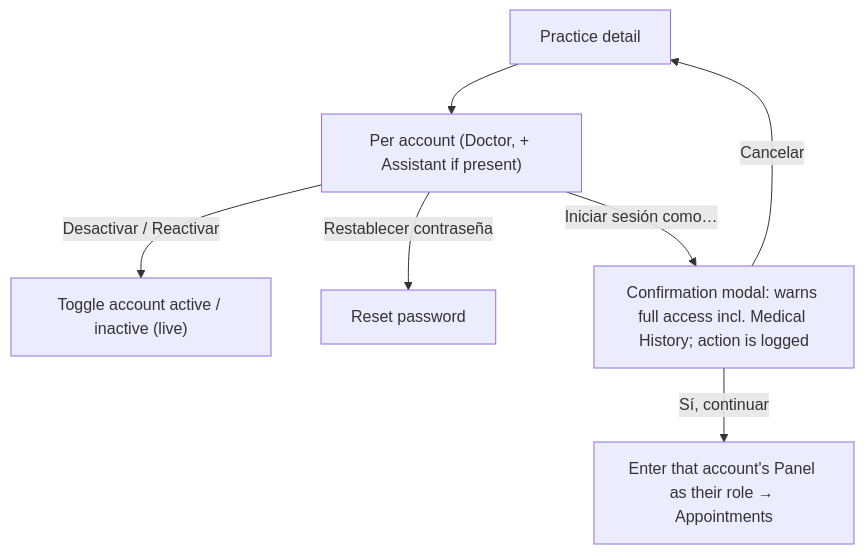
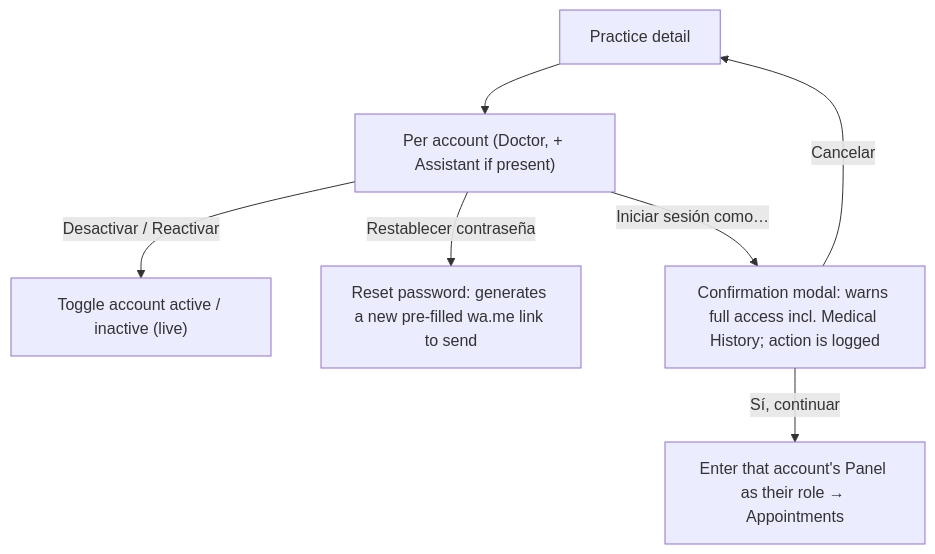
Before and after one commit to DaleneyRuben/alivia: the third of 5 diagrams in docs/flows/admin.md, drawn with Mermaid. The commit also changed other lines of this file and 6 other files, not shown here.

````diff
--- a/docs/flows/admin.md
+++ b/docs/flows/admin.md
@@ -49,9 +52,9 @@
 ```mermaid
 flowchart TD
     D["Practice detail"] --> Per["Per account (Doctor, + Assistant if present)"]
     Per -->|"Desactivar / Reactivar"| Tog["Toggle account active / inactive (live)"]
-    Per -->|"Restablecer contraseña"| Rst["Reset password"]
+    Per -->|"Restablecer contraseña"| Rst["Reset password: generates a new pre-filled wa.me link to send"]
     Per -->|"Iniciar sesión como…"| Modal["Confirmation modal: warns full access incl. Medical History; action is logged"]
     Modal -->|"Cancelar"| D
     Modal -->|"Sí, continuar"| Imp["Enter that account's Panel as their role → Appointments"]
 ```
````
